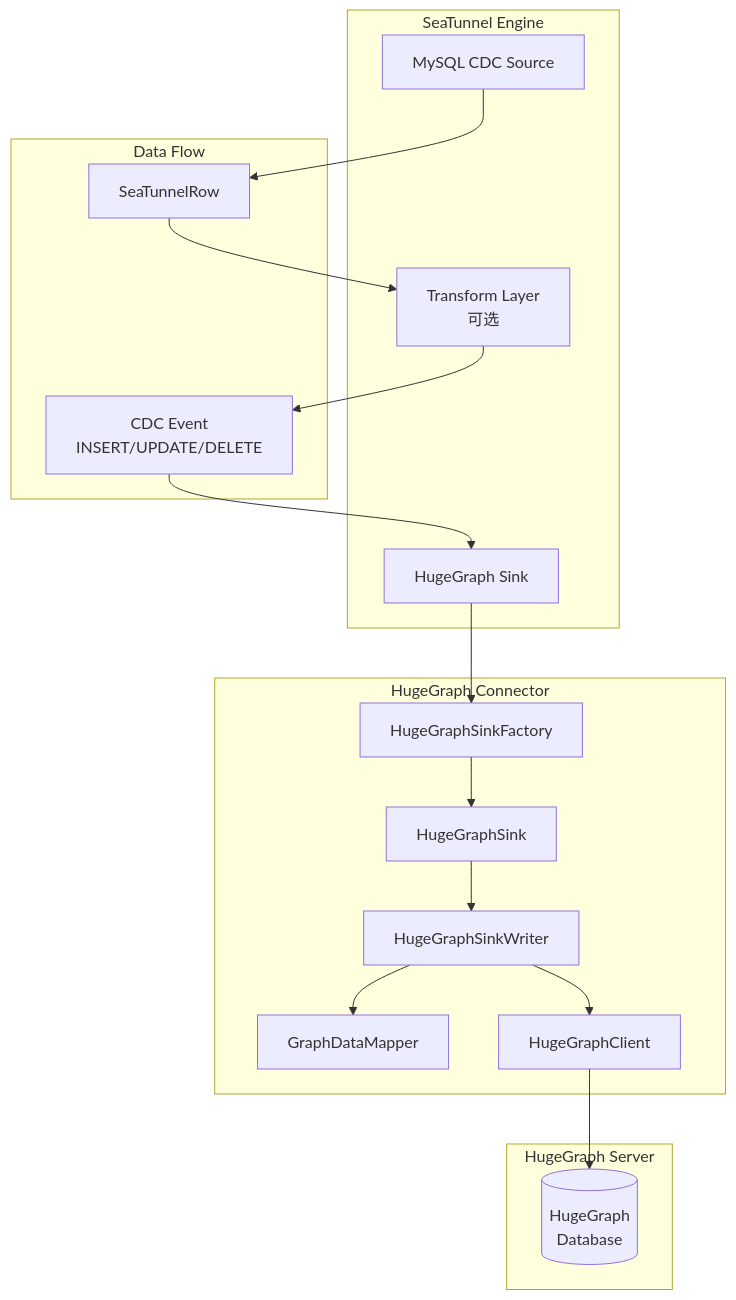
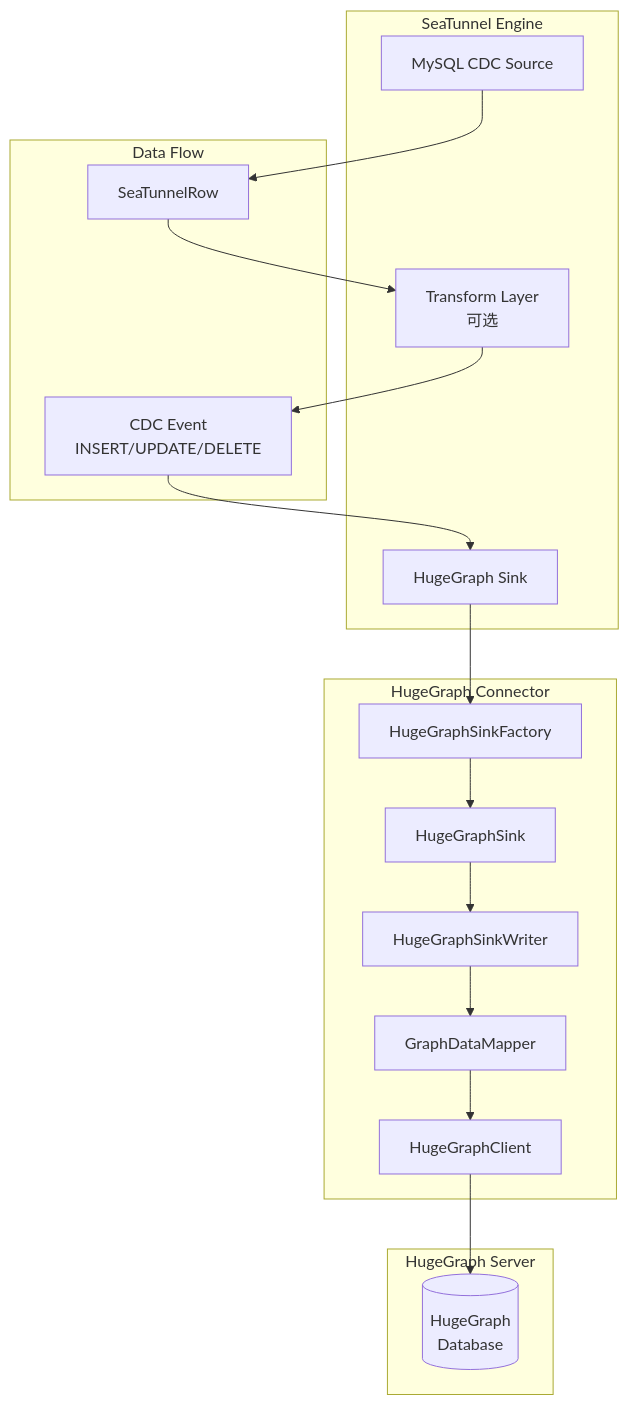
The first of 2 diagrams in .vibedev/specs/hugegraph-connector/design.md (hugegraph/seatunnel), drawn with Mermaid before and after one commit. The commit also changed other lines of this file and 18 other files, not shown here.

````diff
--- a/.vibedev/specs/hugegraph-connector/design.md
+++ b/.vibedev/specs/hugegraph-connector/design.md
@@ -17,36 +17,36 @@
 ```mermaid
 graph TB
     subgraph "SeaTunnel Engine"
         Source[MySQL CDC Source]
         Transform[Transform Layer<br/>可选]
         Sink[HugeGraph Sink]
     end
     
     subgraph "Data Flow"
         Row[SeaTunnelRow]
         Event[CDC Event<br/>INSERT/UPDATE/DELETE]
     end
     
     subgraph "HugeGraph Connector"
         Factory[HugeGraphSinkFactory]
         SinkImpl[HugeGraphSink]
         Writer[HugeGraphSinkWriter]
         Mapper[GraphDataMapper]
         Client[HugeGraphClient]
     end
     
     subgraph "HugeGraph Server"
         GraphDB[(HugeGraph<br/>Database)]
     end
     
     Source --> Row
     Row --> Transform
     Transform --> Event
     Event --> Sink
     Sink --> Factory
     Factory --> SinkImpl
     SinkImpl --> Writer
     Writer --> Mapper
-    Writer --> Client
+    Mapper --> Client
     Client --> GraphDB
 ```
````
